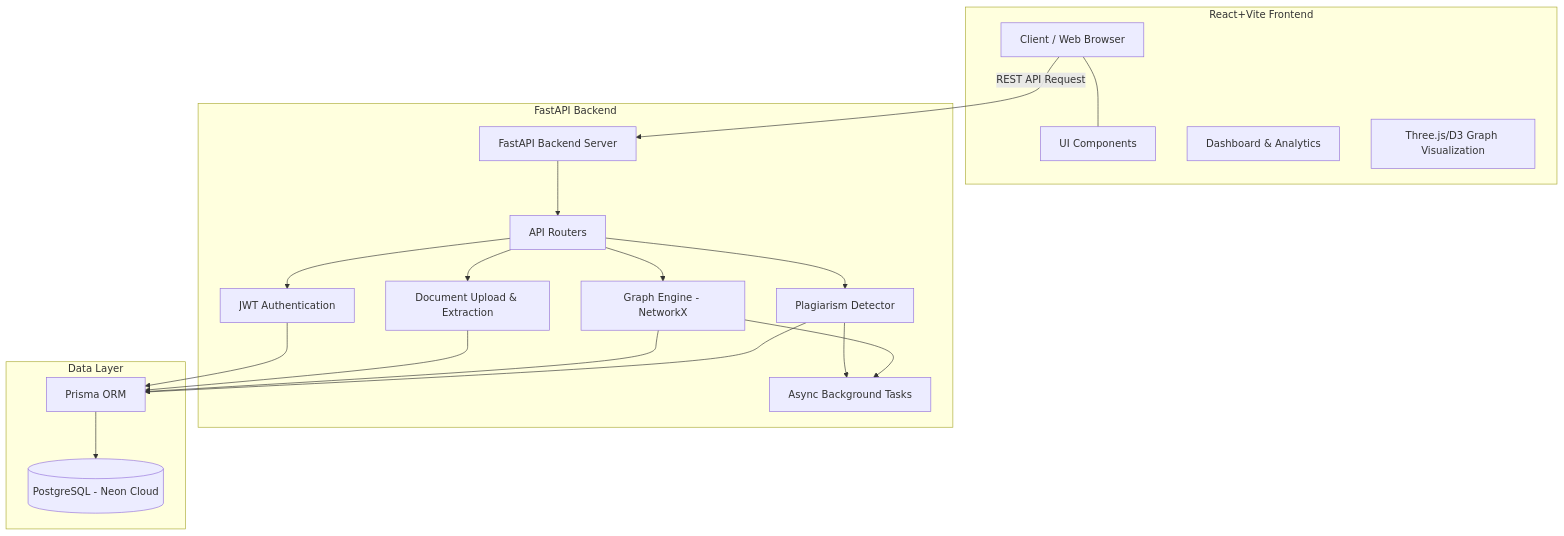
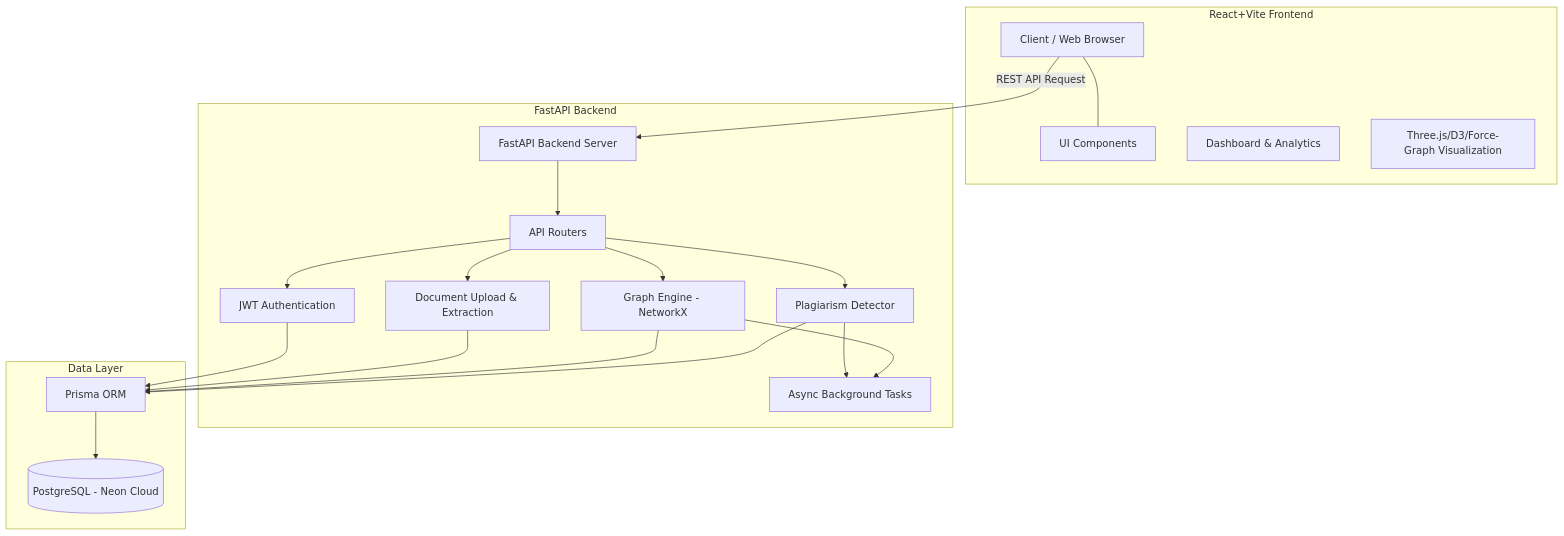
One commit to Fenil412/graph-plagiarism-detector changed the first of 2 diagrams in README.md. Above: the diagram before and after it, drawn with Mermaid. The commit also changed other lines of this file and 19 other files, not shown here.

````diff
--- a/README.md
+++ b/README.md
@@ -17,39 +31,39 @@
 ```mermaid
 graph TD;
     Client[Client / Web Browser] -->|REST API Request| FastAPI[FastAPI Backend Server]
     
     subgraph Frontend [React+Vite Frontend]
         UI[UI Components]
         Dash[Dashboard & Analytics]
-        GraphVis[Three.js/D3 Graph Visualization]
+        GraphVis[Three.js/D3/Force-Graph Visualization]
         Client --- UI
     end
     
     subgraph Backend [FastAPI Backend]
         Router[API Routers]
         Auth[JWT Authentication]
         DocService[Document Upload & Extraction]
         GraphEng[Graph Engine - NetworkX]
         PlagDetect[Plagiarism Detector]
         BGTasks[Async Background Tasks]
         
         FastAPI --> Router
         Router --> Auth
         Router --> DocService
         Router --> GraphEng
         Router --> PlagDetect
         PlagDetect --> BGTasks
         GraphEng --> BGTasks
     end
 
     subgraph Data [Data Layer]
         Prisma[Prisma ORM]
         DB[(PostgreSQL - Neon Cloud)]
         
         Auth --> Prisma
         DocService --> Prisma
         GraphEng --> Prisma
         PlagDetect --> Prisma
         Prisma --> DB
     end
 ```
````
